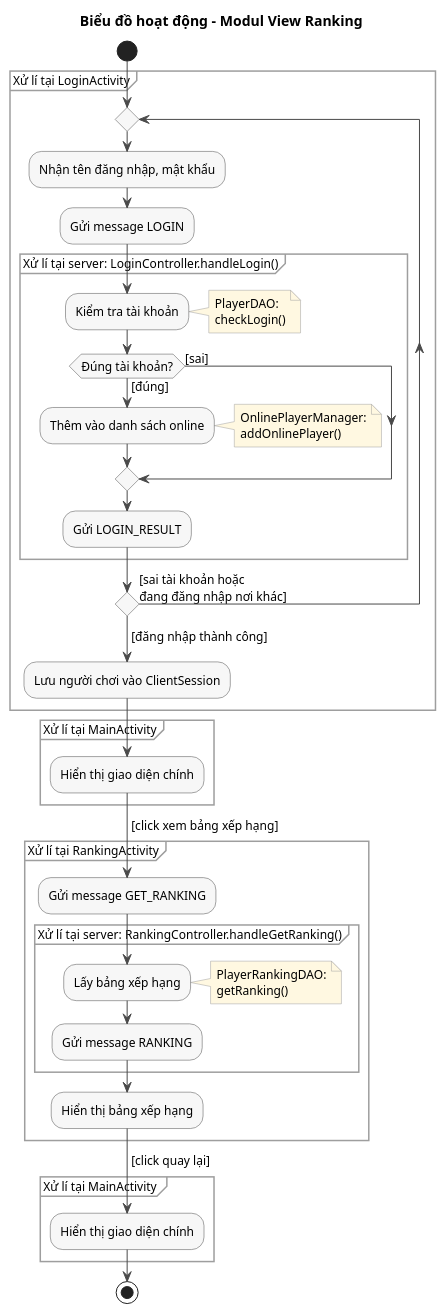
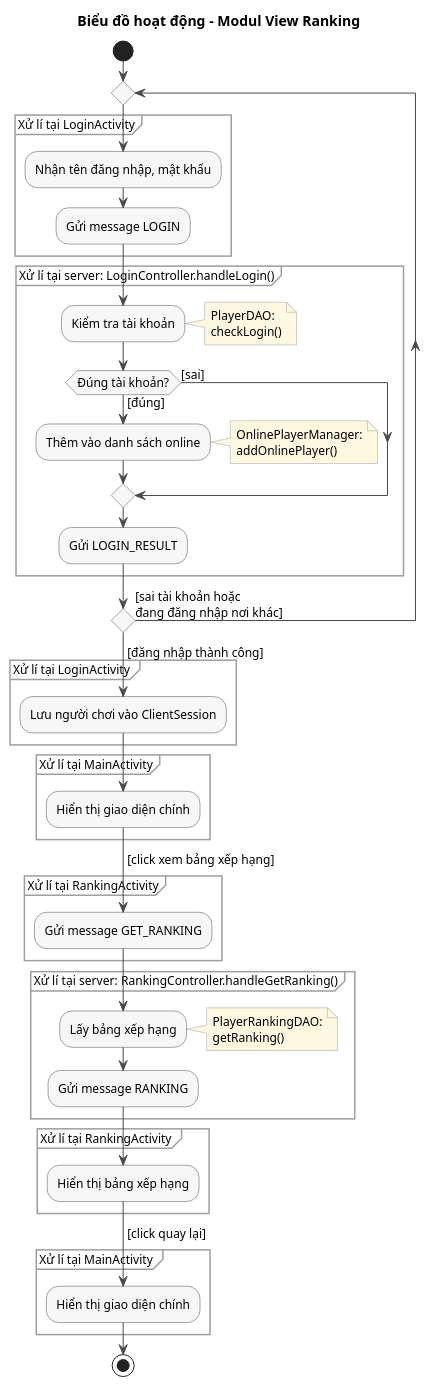
One commit to VattenL/mobile-pikachu changed the diagram in docs/uml/pha3/activity-m1.puml. Above: the diagram before and after it, drawn with PlantUML. The commit also changed 23 other files, not shown here.

```diff
--- a/docs/uml/pha3/activity-m1.puml
+++ b/docs/uml/pha3/activity-m1.puml
@@ -1,56 +1,60 @@
 @startuml activity-m1
 title Biểu đồ hoạt động - Modul View Ranking
 
 skinparam shadowing false
 skinparam defaultFontSize 12
 skinparam ArrowColor #4A4A4A
 skinparam activity {
   BackgroundColor #F7F7F7
   BorderColor #4A4A4A
 }
 skinparam partition {
   BorderColor #9E9E9E
 }
 skinparam note {
   BackgroundColor #FFF8E1
   BorderColor #9E9E9E
 }
 
 start
-partition "Xử lí tại LoginActivity" {
-  repeat
+repeat
+  partition "Xử lí tại LoginActivity" {
     :Nhận tên đăng nhập, mật khẩu;
     :Gửi message LOGIN;
+  }
   partition "Xử lí tại server: LoginController.handleLogin()" {
     :Kiểm tra tài khoản;
     note right: PlayerDAO:\ncheckLogin()
     if (Đúng tài khoản?) then ([đúng])
       :Thêm vào danh sách online;
       note right: OnlinePlayerManager:\naddOnlinePlayer()
     else ([sai])
     endif
     :Gửi LOGIN_RESULT;
   }
-  repeat while () is ([sai tài khoản hoặc\nđang đăng nhập nơi khác])
-  ->[đăng nhập thành công];
+repeat while () is ([sai tài khoản hoặc\nđang đăng nhập nơi khác])
+->[đăng nhập thành công];
+partition "Xử lí tại LoginActivity " {
   :Lưu người chơi vào ClientSession;
 }
 partition "Xử lí tại MainActivity" {
   :Hiển thị giao diện chính;
 }
 ->[click xem bảng xếp hạng];
 partition "Xử lí tại RankingActivity" {
   :Gửi message GET_RANKING;
-  partition "Xử lí tại server: RankingController.handleGetRanking()" {
-    :Lấy bảng xếp hạng;
-    note right: PlayerRankingDAO:\ngetRanking()
-    :Gửi message RANKING;
-  }
+}
+partition "Xử lí tại server: RankingController.handleGetRanking()" {
+  :Lấy bảng xếp hạng;
+  note right: PlayerRankingDAO:\ngetRanking()
+  :Gửi message RANKING;
+}
+partition "Xử lí tại RankingActivity " {
   :Hiển thị bảng xếp hạng;
 }
 ->[click quay lại];
 partition "Xử lí tại MainActivity " {
   :Hiển thị giao diện chính;
 }
 stop
 @enduml
```
